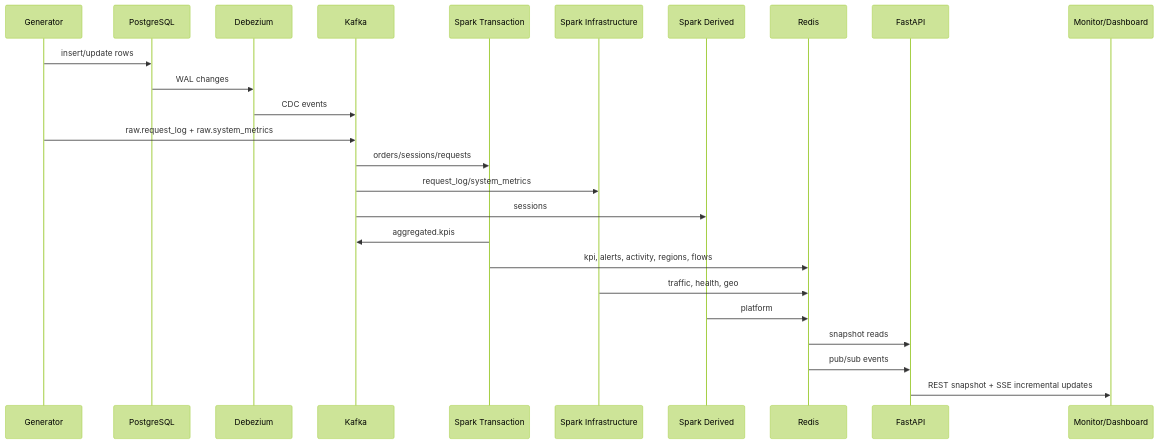
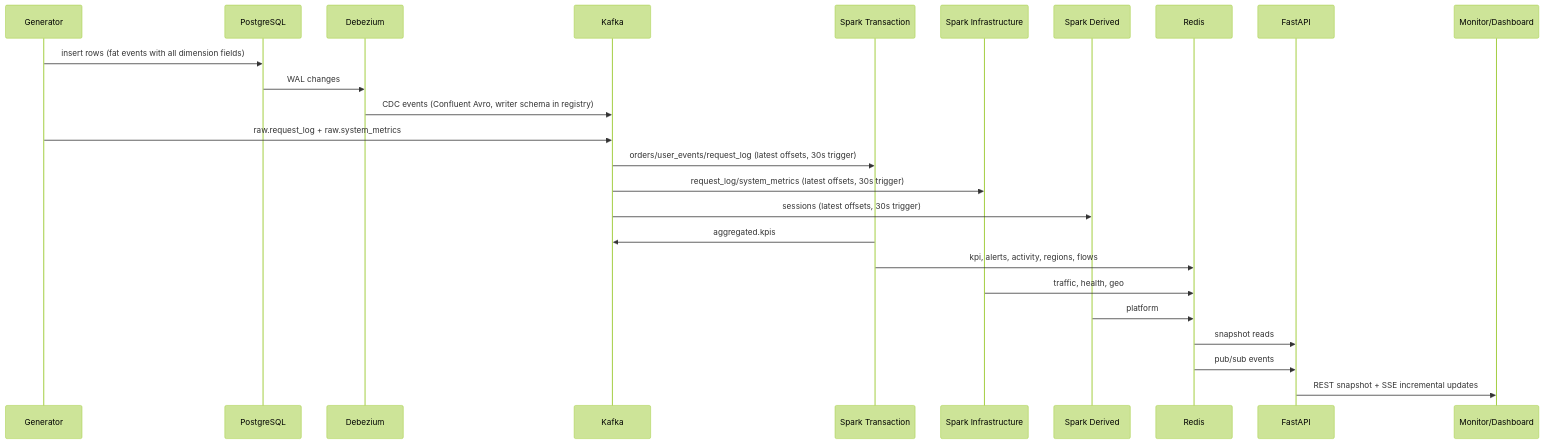
Before and after one commit to ANZER03/cdc-pipeline: the fifth of 5 diagrams in FLOW.md, drawn with Mermaid (forest theme). The commit also changed other lines of this file and 14 other files, not shown here.

````diff
--- a/FLOW.md
+++ b/FLOW.md
@@ -381,31 +412,31 @@
 ```mermaid
 sequenceDiagram
     participant Gen as Generator
     participant PG as PostgreSQL
     participant DBZ as Debezium
     participant K as Kafka
     participant STX as Spark Transaction
     participant SINF as Spark Infrastructure
     participant SD as Spark Derived
     participant R as Redis
     participant API as FastAPI
     participant UI as Monitor/Dashboard
 
-    Gen->>PG: insert/update rows
+    Gen->>PG: insert rows (fat events with all dimension fields)
     PG->>DBZ: WAL changes
-    DBZ->>K: CDC events
+    DBZ->>K: CDC events (Confluent Avro, writer schema in registry)
     Gen->>K: raw.request_log + raw.system_metrics
 
-    K->>STX: orders/sessions/requests
-    K->>SINF: request_log/system_metrics
-    K->>SD: sessions
+    K->>STX: orders/user_events/request_log (latest offsets, 30s trigger)
+    K->>SINF: request_log/system_metrics (latest offsets, 30s trigger)
+    K->>SD: sessions (latest offsets, 30s trigger)
 
     STX->>K: aggregated.kpis
     STX->>R: kpi, alerts, activity, regions, flows
     SINF->>R: traffic, health, geo
     SD->>R: platform
 
     R->>API: snapshot reads
     R->>API: pub/sub events
     API->>UI: REST snapshot + SSE incremental updates
 ```
````
